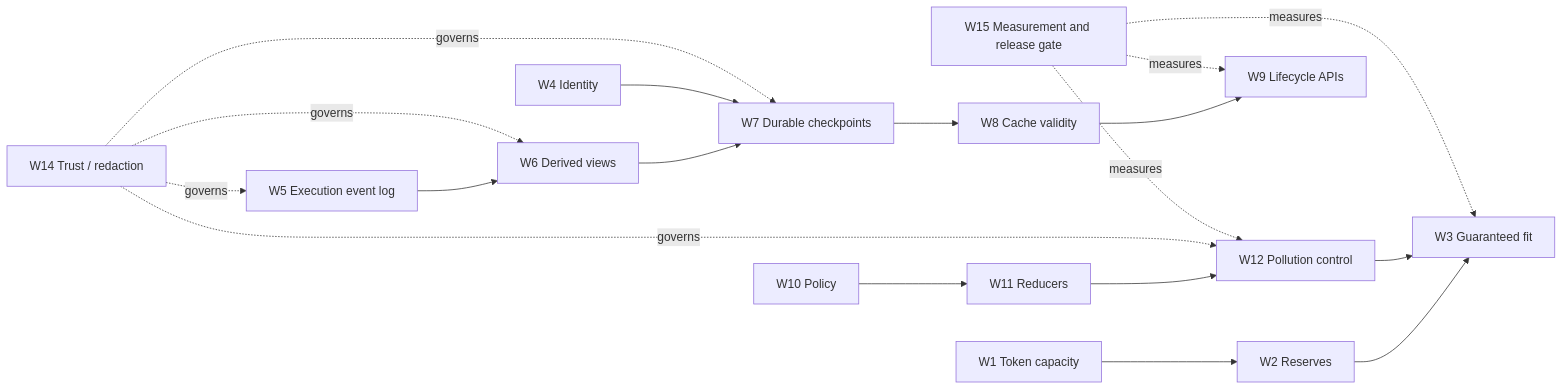
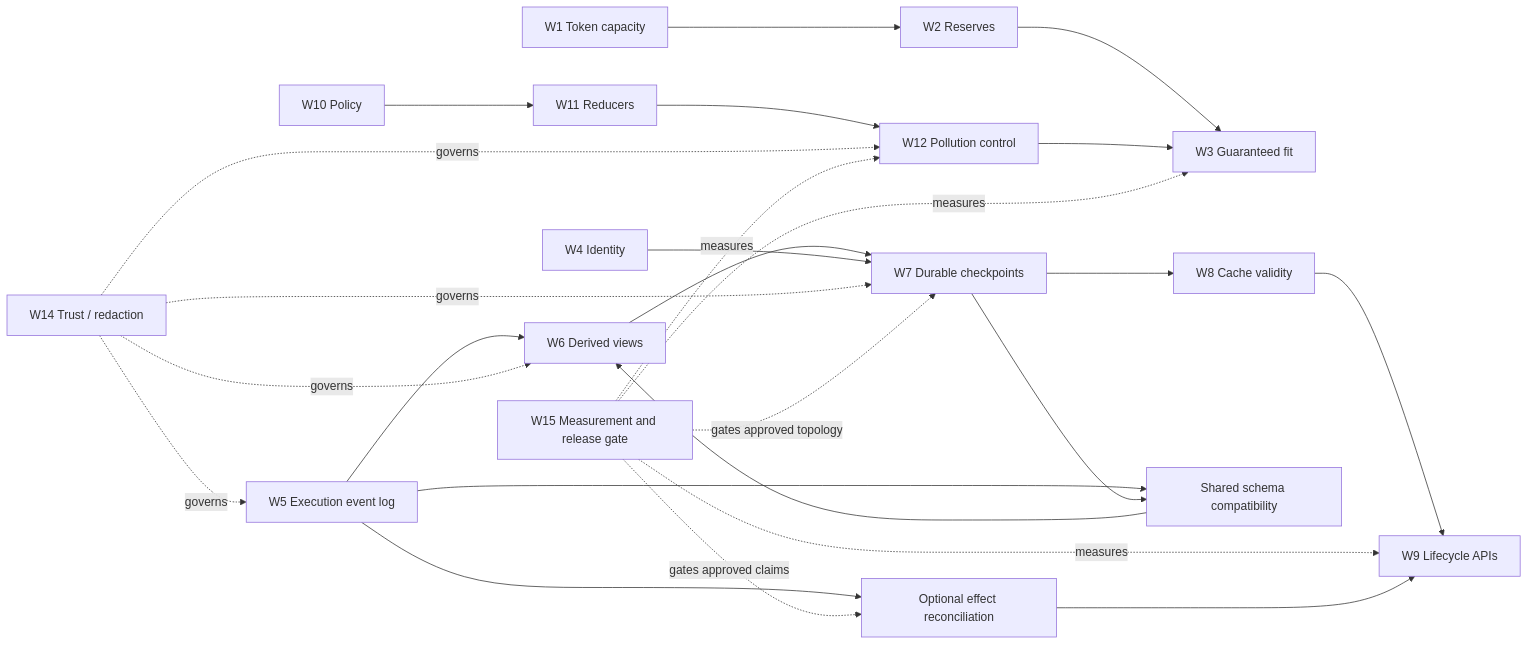
The sixth of 6 diagrams in doc/working/context-management-workstreams/context-management-production-plan.md (ModelEngine-Group/nexent), drawn with Mermaid before and after one commit. The commit also changed other lines of this file and 42 other files, not shown here.

````diff
--- a/doc/working/context-management-workstreams/context-management-production-plan.md
+++ b/doc/working/context-management-workstreams/context-management-production-plan.md
@@ -882,15 +1147,20 @@
 ```mermaid
 flowchart LR
     W1["W1 Token capacity"] --> W2["W2 Reserves"] --> W3["W3 Guaranteed fit"]
     W5["W5 Execution event log"] --> W6["W6 Derived views"] --> W7["W7 Durable checkpoints"]
     W7 --> W8["W8 Cache validity"] --> W9["W9 Lifecycle APIs"]
     W4["W4 Identity"] --> W7
     W10["W10 Policy"] --> W11["W11 Reducers"] --> W12["W12 Pollution control"] --> W3
     W14["W14 Trust / redaction"] -. governs .-> W7
     W14 -. governs .-> W12
     W14 -. governs .-> W5
     W14 -. governs .-> W6
     W15["W15 Measurement and release gate"] -. measures .-> W3
     W15 -. measures .-> W9
     W15 -. measures .-> W12
+    W5 --> C1["Optional effect reconciliation"] --> W9
+    W5 --> C2["Shared schema compatibility"] --> W6
+    W7 --> C2
+    W15 -. gates approved claims .-> C1
+    W15 -. gates approved topology .-> W7
 ```
````
